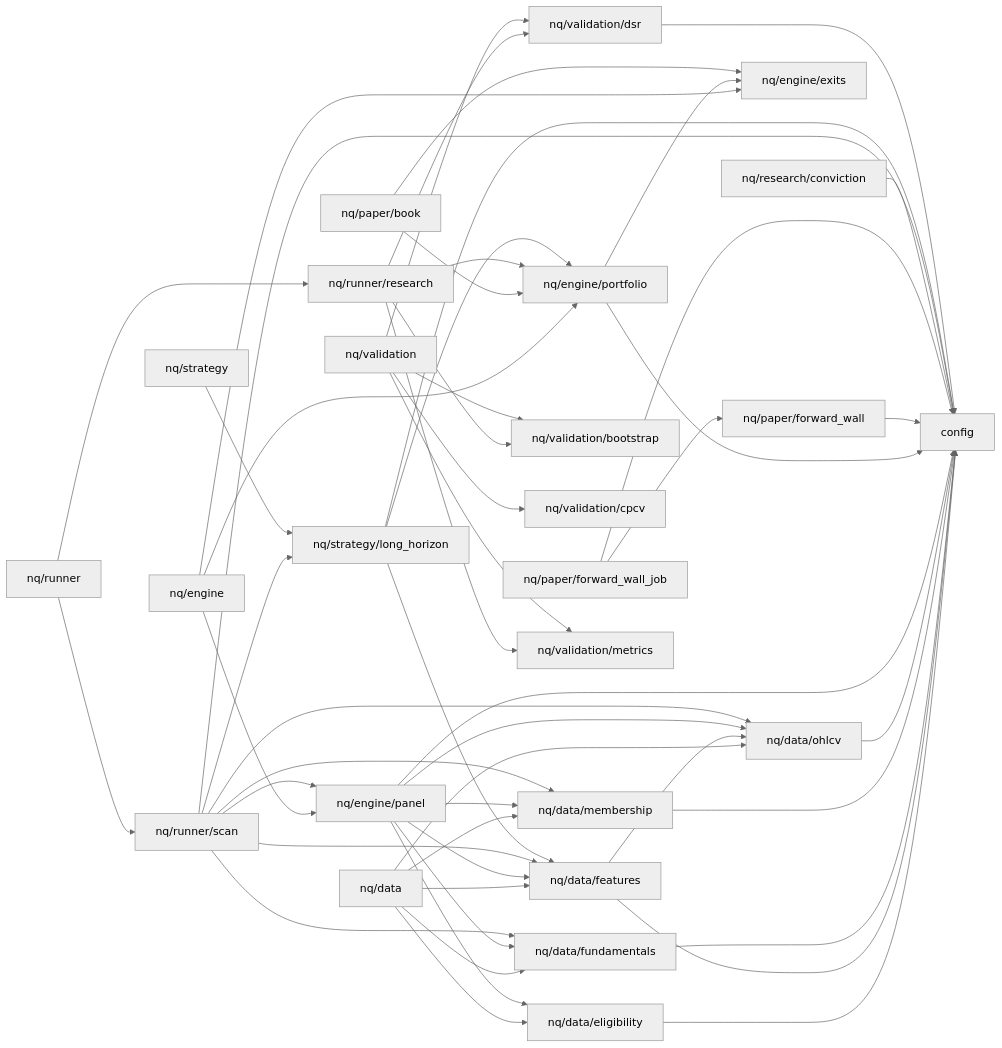
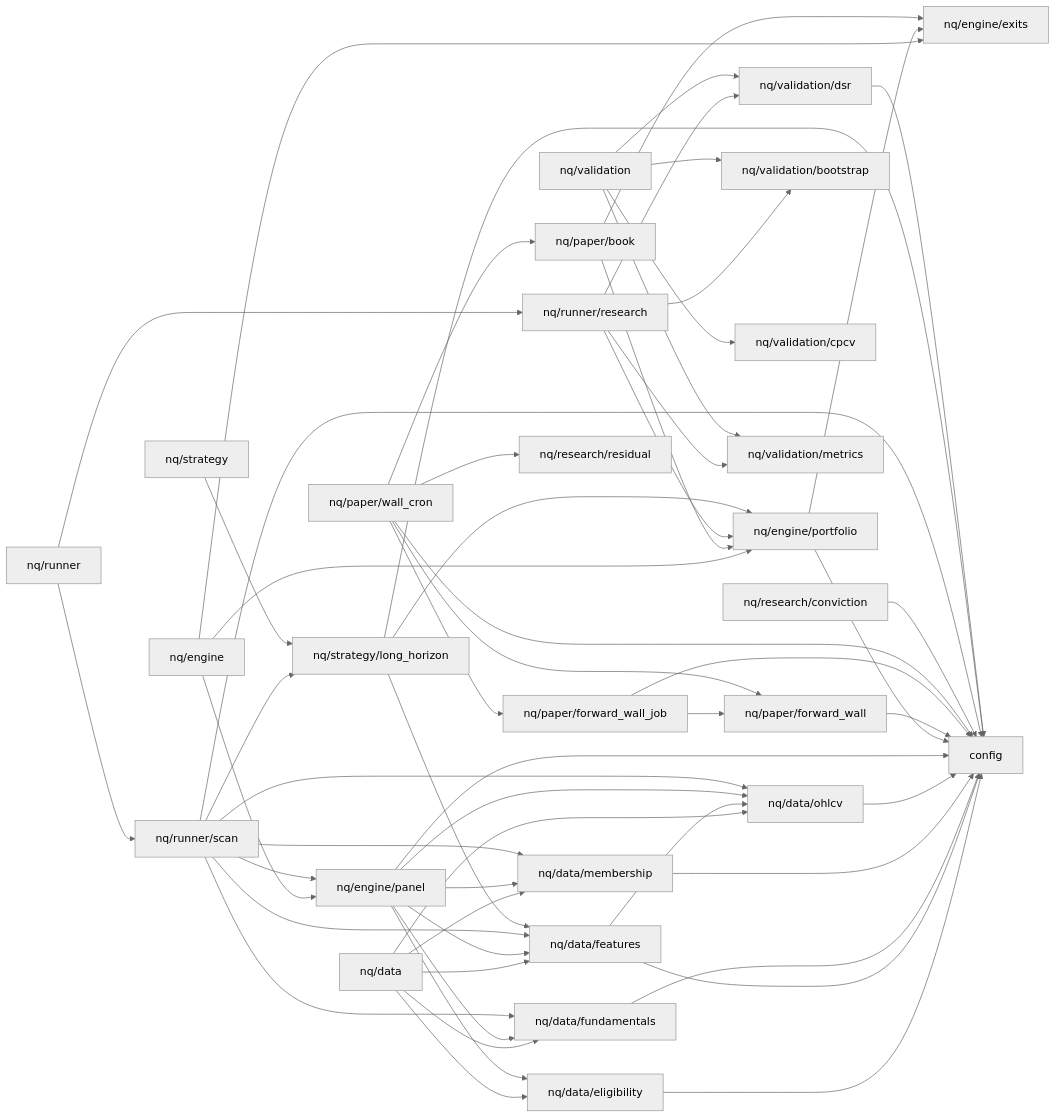
Before and after one commit to kreeshpatel/nifty-satvik: the diagram in docs/DEPENDENCY_MAP.md, drawn with Mermaid (neutral theme). The commit also changed 5 other files, not shown here.

First line of the commit message:
feat(forward): wire the daily cron to the 3-book forward-wall log (Phase A operational)

```diff
--- a/docs/DEPENDENCY_MAP.md
+++ b/docs/DEPENDENCY_MAP.md
@@ -22,7 +22,9 @@
     nq_paper_book["nq/paper/book"]
     nq_paper_forward_wall["nq/paper/forward_wall"]
     nq_paper_forward_wall_job["nq/paper/forward_wall_job"]
+    nq_paper_wall_cron["nq/paper/wall_cron"]
     nq_research_conviction["nq/research/conviction"]
+    nq_research_residual["nq/research/residual"]
     nq_runner["nq/runner"]
     nq_runner_research["nq/runner/research"]
     nq_runner_scan["nq/runner/scan"]
@@ -60,6 +62,11 @@
     nq_paper_forward_wall --> config
     nq_paper_forward_wall_job --> config
     nq_paper_forward_wall_job --> nq_paper_forward_wall
+    nq_paper_wall_cron --> config
+    nq_paper_wall_cron --> nq_paper_book
+    nq_paper_wall_cron --> nq_paper_forward_wall
+    nq_paper_wall_cron --> nq_paper_forward_wall_job
+    nq_paper_wall_cron --> nq_research_residual
     nq_research_conviction --> config
     nq_runner --> nq_runner_research
     nq_runner --> nq_runner_scan
```
